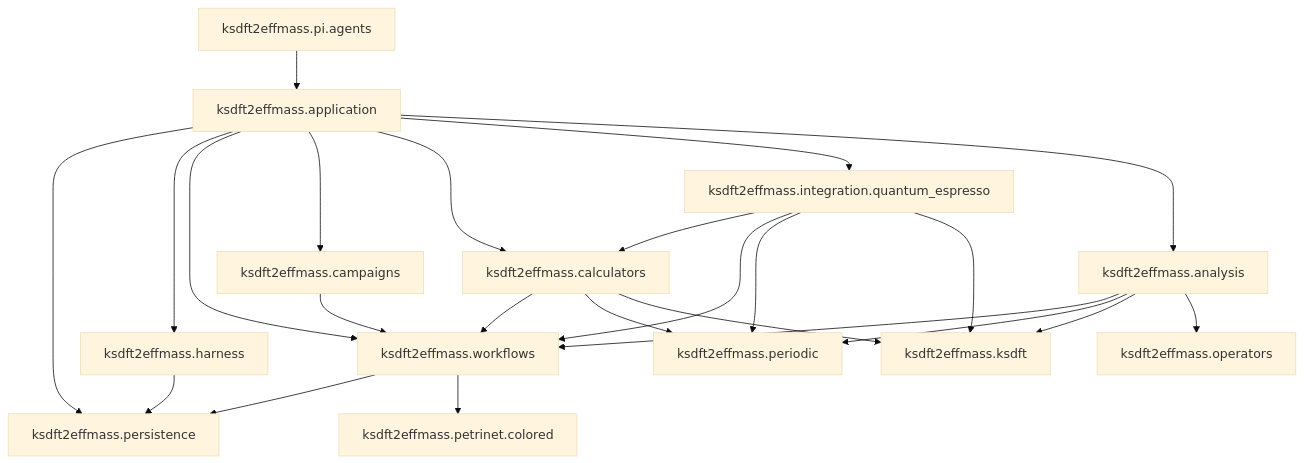
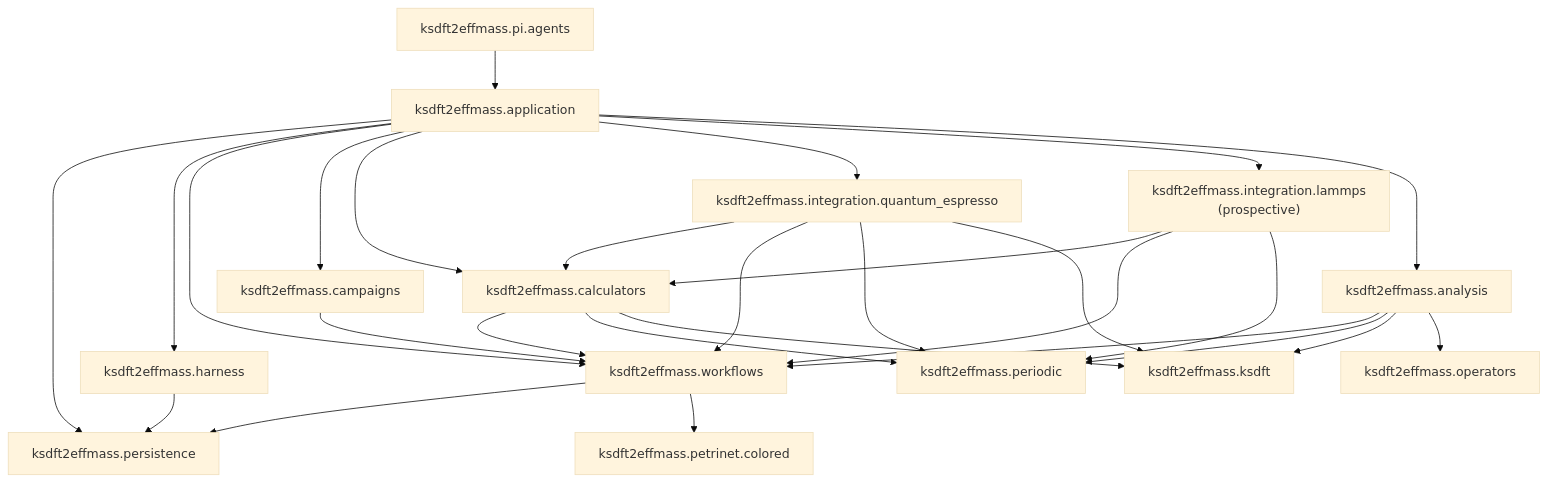
Before and after one commit to eragasa/ksdft2effmass: the diagram in docs/architecture/v2/index.md, drawn with Mermaid (base theme). The commit also changed other lines of this file and 57 other files, not shown here.

````diff
--- a/docs/architecture/v2/index.md
+++ b/docs/architecture/v2/index.md
@@ -7,40 +7,45 @@
 ```mermaid
 flowchart TB
     application["ksdft2effmass.application"]
     persistence["ksdft2effmass.persistence"]
     harness["ksdft2effmass.harness"]
     workflows["ksdft2effmass.workflows"]
     petrinet["ksdft2effmass.petrinet.colored"]
     campaigns["ksdft2effmass.campaigns"]
     calculators["ksdft2effmass.calculators"]
-    integration["ksdft2effmass.integration.quantum_espresso"]
+    qe_integration["ksdft2effmass.integration.quantum_espresso"]
+    lammps_integration["ksdft2effmass.integration.lammps<br/>(prospective)"]
     periodic["ksdft2effmass.periodic"]
     ksdft["ksdft2effmass.ksdft"]
     operators["ksdft2effmass.operators"]
     analysis["ksdft2effmass.analysis"]
     pi_agents["ksdft2effmass.pi.agents"]
 
     pi_agents --> application
     application --> persistence
     application --> harness
     application --> workflows
     harness --> persistence
     workflows --> persistence
     application --> campaigns
     application --> calculators
-    application --> integration
+    application --> qe_integration
+    application --> lammps_integration
     application --> analysis
     campaigns --> workflows
     calculators --> workflows
     workflows --> petrinet
-    integration --> calculators
-    integration --> workflows
-    integration --> periodic
-    integration --> ksdft
+    qe_integration --> calculators
+    qe_integration --> workflows
+    qe_integration --> periodic
+    qe_integration --> ksdft
+    lammps_integration --> calculators
+    lammps_integration --> workflows
+    lammps_integration --> periodic
     calculators --> periodic
     calculators --> ksdft
     analysis --> workflows
     analysis --> periodic
     analysis --> ksdft
     analysis --> operators
 ```
````
